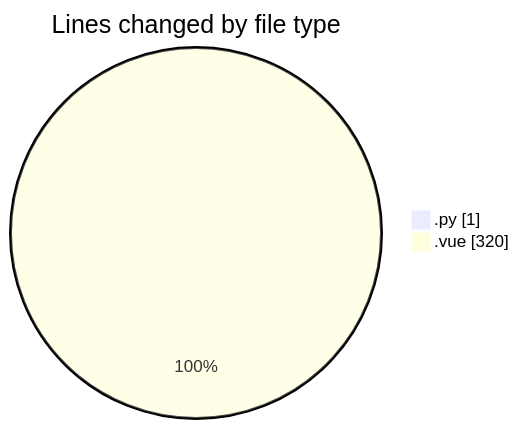
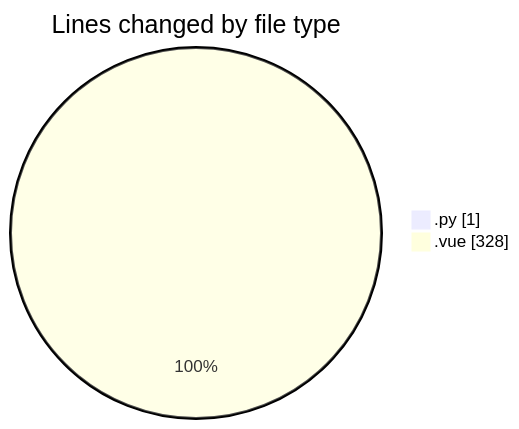
The first of 2 diagrams in 2025-05-12/cancelacionsegurosvida/README.md (jcpc91/code-tracking), drawn with Mermaid before and after one commit. The commit also changed other lines of this file and 1 other file, not shown here.

````diff
--- a/2025-05-12/cancelacionsegurosvida/README.md
+++ b/2025-05-12/cancelacionsegurosvida/README.md
@@ -23,6 +23,6 @@
 ```mermaid
 pie showData
 title Lines changed by file type
 ".py" : 1
-".vue" : 320
+".vue" : 328
 ```
````
